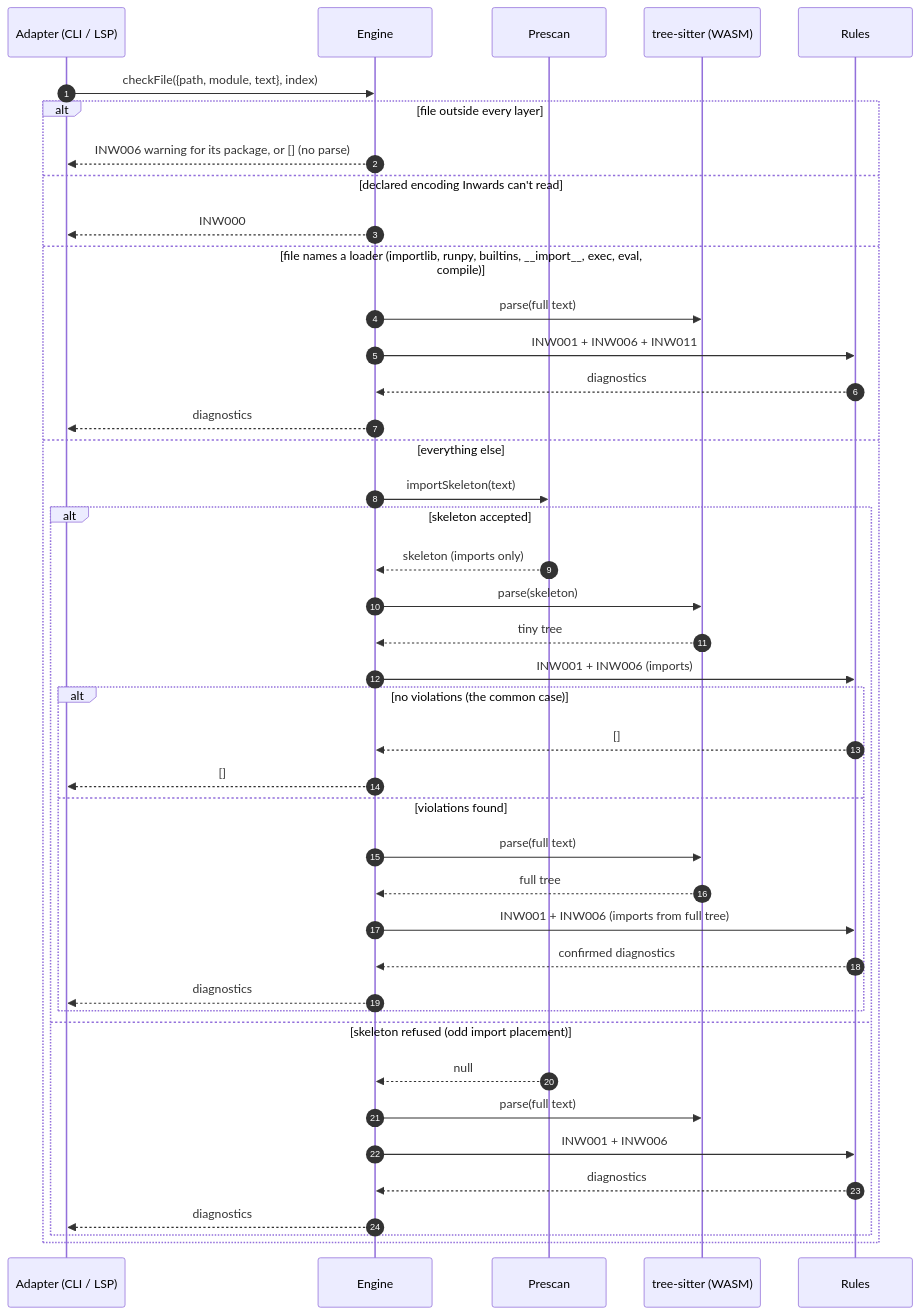
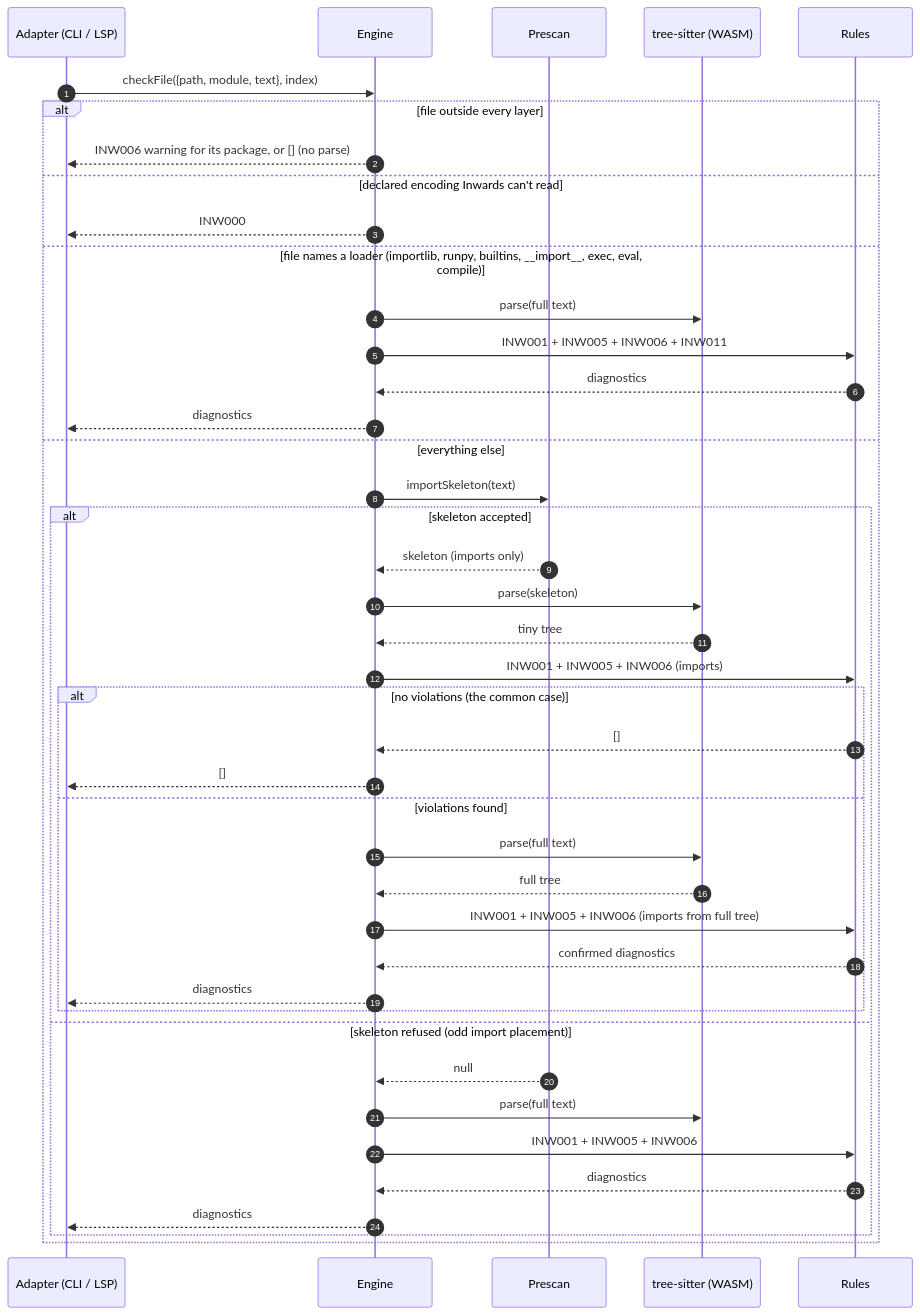
The fourth of 6 diagrams in docs/chapters/03-Architecture-C4.md (SirCypkowskyy/inwards), drawn with Mermaid before and after one commit. The commit also changed other lines of this file and 14 other files, not shown here.

````diff
--- a/docs/chapters/03-Architecture-C4.md
+++ b/docs/chapters/03-Architecture-C4.md
@@ -147,45 +147,45 @@
 ```mermaid
 sequenceDiagram
     autonumber
     participant A as Adapter (CLI / LSP)
     participant E as Engine
     participant P as Prescan
     participant T as tree-sitter (WASM)
     participant R as Rules
 
     A->>E: checkFile({path, module, text}, index)
     alt file outside every layer
         E-->>A: INW006 warning for its package, or [] (no parse)
     else declared encoding Inwards can't read
         E-->>A: INW000
     else file names a loader (importlib, runpy, builtins, __import__, exec, eval, compile)
         E->>T: parse(full text)
-        E->>R: INW001 + INW006 + INW011
+        E->>R: INW001 + INW005 + INW006 + INW011
         R-->>E: diagnostics
         E-->>A: diagnostics
     else everything else
         E->>P: importSkeleton(text)
         alt skeleton accepted
             P-->>E: skeleton (imports only)
             E->>T: parse(skeleton)
             T-->>E: tiny tree
-            E->>R: INW001 + INW006 (imports)
+            E->>R: INW001 + INW005 + INW006 (imports)
             alt no violations (the common case)
                 R-->>E: []
                 E-->>A: []
             else violations found
                 E->>T: parse(full text)
                 T-->>E: full tree
-                E->>R: INW001 + INW006 (imports from full tree)
+                E->>R: INW001 + INW005 + INW006 (imports from full tree)
                 R-->>E: confirmed diagnostics
                 E-->>A: diagnostics
             end
         else skeleton refused (odd import placement)
             P-->>E: null
             E->>T: parse(full text)
-            E->>R: INW001 + INW006
+            E->>R: INW001 + INW005 + INW006
             R-->>E: diagnostics
             E-->>A: diagnostics
         end
     end
 ```
````
